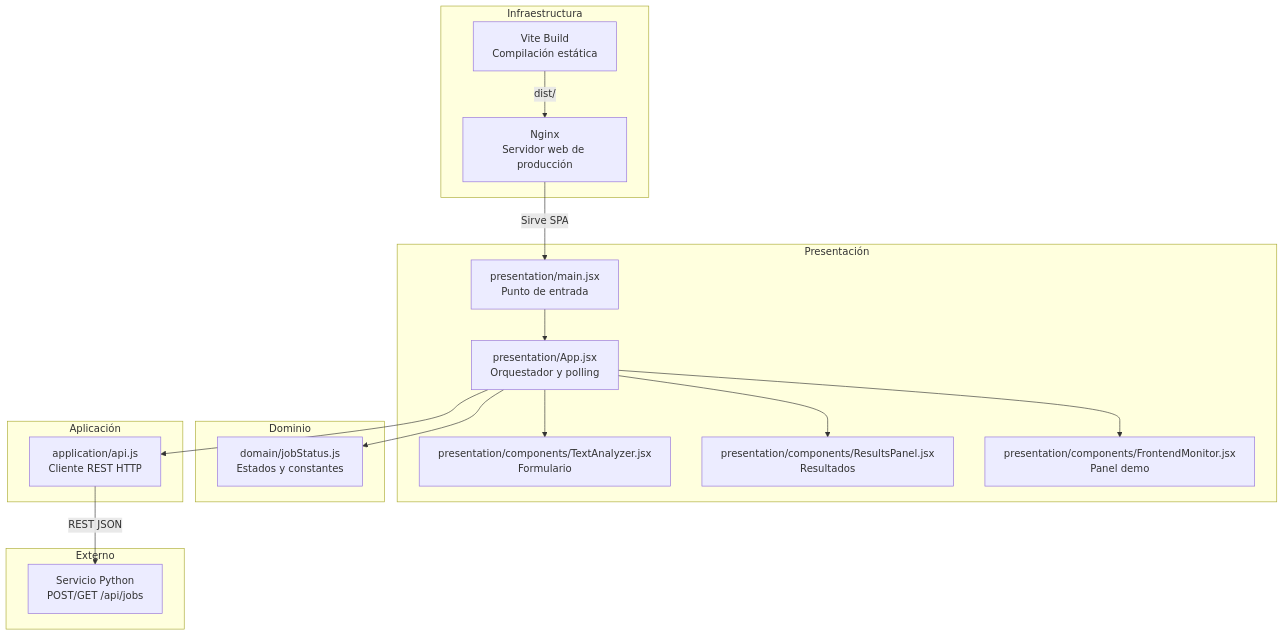
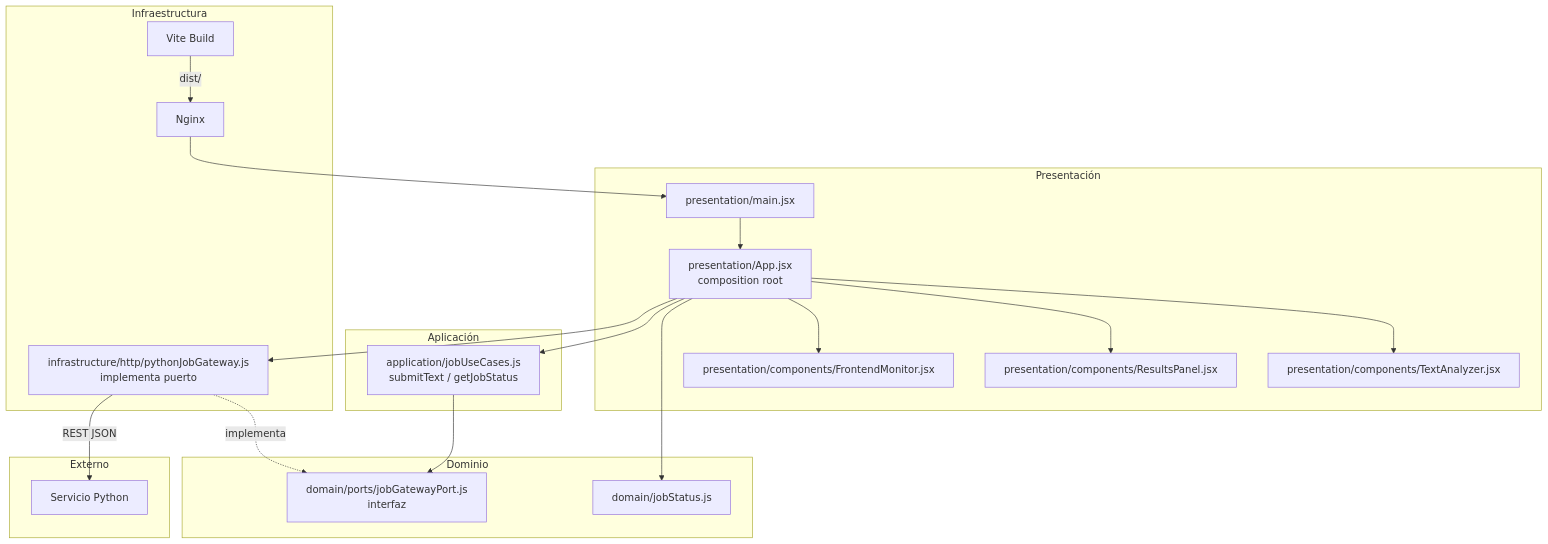
One commit to allett29/analyticore changed the diagram in docs/diagramas-capas/frontend-capas.md. Above: the diagram before and after it, drawn with Mermaid. The commit also changed other lines of this file and 23 other files, not shown here.

````diff
--- a/docs/diagramas-capas/frontend-capas.md
+++ b/docs/diagramas-capas/frontend-capas.md
@@ -5,37 +5,42 @@
 ```mermaid
 graph TB
     subgraph Presentación
-        MAIN[presentation/main.jsx<br/>Punto de entrada]
-        APP[presentation/App.jsx<br/>Orquestador y polling]
-        TA[presentation/components/TextAnalyzer.jsx<br/>Formulario]
-        RP[presentation/components/ResultsPanel.jsx<br/>Resultados]
-        FM[presentation/components/FrontendMonitor.jsx<br/>Panel demo]
+        MAIN[presentation/main.jsx]
+        APP[presentation/App.jsx<br/>composition root]
+        TA[presentation/components/TextAnalyzer.jsx]
+        RP[presentation/components/ResultsPanel.jsx]
+        FM[presentation/components/FrontendMonitor.jsx]
+    end
+
+    subgraph Aplicación
+        UC[application/jobUseCases.js<br/>submitText / getJobStatus]
     end
 
     subgraph Dominio
-        DOM[domain/jobStatus.js<br/>Estados y constantes]
-    end
-
-    subgraph Aplicación
-        API[application/api.js<br/>Cliente REST HTTP]
+        DOM[domain/jobStatus.js]
+        PORT[domain/ports/jobGatewayPort.js<br/>interfaz]
     end
 
     subgraph Infraestructura
-        NG[Nginx<br/>Servidor web de producción]
-        VITE[Vite Build<br/>Compilación estática]
+        GW[infrastructure/http/pythonJobGateway.js<br/>implementa puerto]
+        NG[Nginx]
+        VITE[Vite Build]
     end
 
     subgraph Externo
-        PY[Servicio Python<br/>POST/GET /api/jobs]
+        PY[Servicio Python]
     end
 
     MAIN --> APP
     APP --> TA
     APP --> RP
     APP --> FM
     APP --> DOM
-    APP --> API
-    API -->|REST JSON| PY
+    APP --> UC
+    APP --> GW
+    UC --> PORT
+    GW -.->|implementa| PORT
+    GW -->|REST JSON| PY
     VITE -->|dist/| NG
-    NG -->|Sirve SPA| MAIN
+    NG --> MAIN
 ```
````
